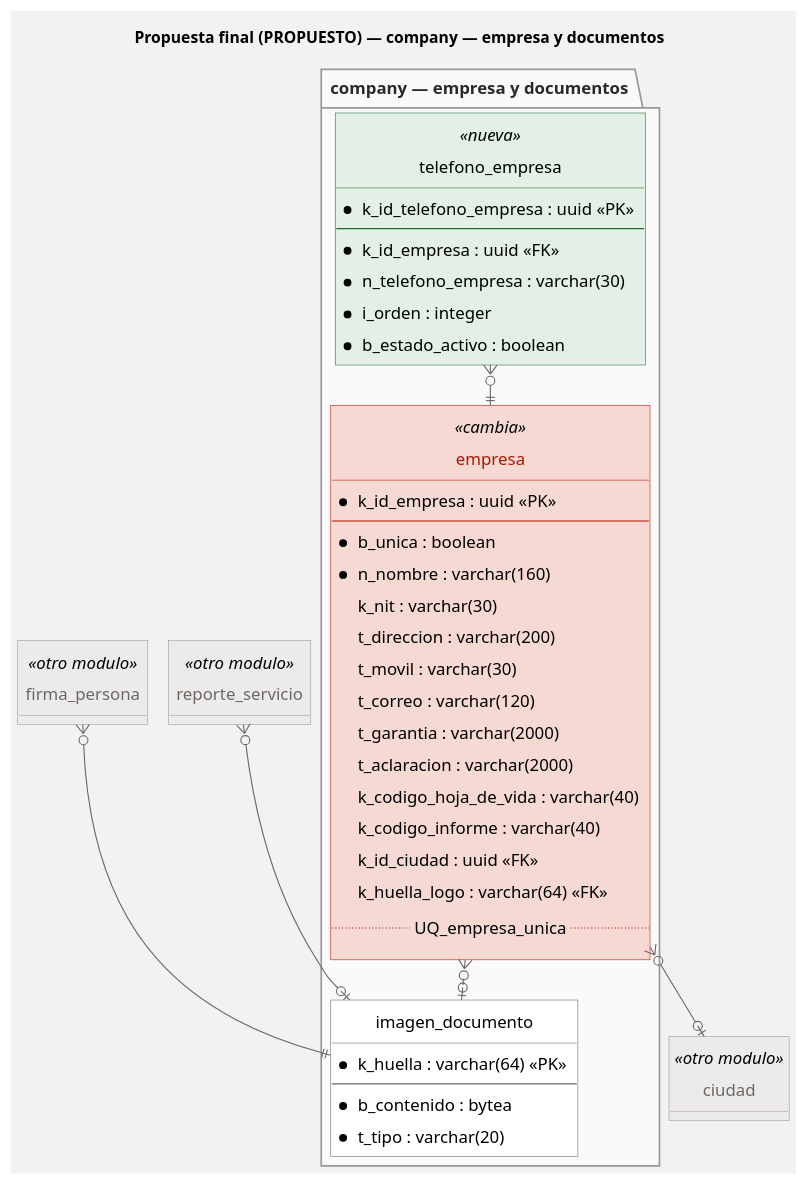
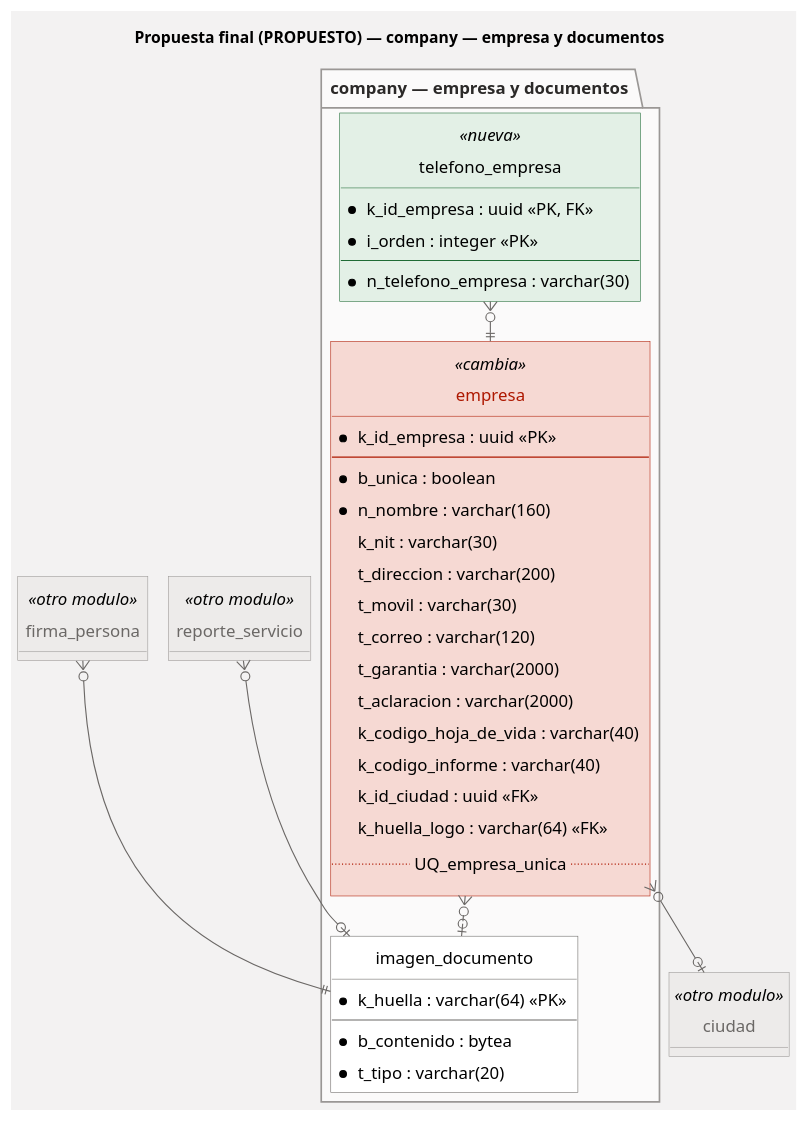
One commit to SeanBol222/MalphasOs changed the diagram in Documentation/DatabaseDesign/refactor-3fn/fuente/plantuml/final-company.puml. Above: the diagram before and after it, drawn with PlantUML. The commit also changed 14 other files, not shown here.

First line of the commit message:
docs: V43, the company section of the schema and the plan split in three

```diff
--- a/Documentation/DatabaseDesign/refactor-3fn/fuente/plantuml/final-company.puml
+++ b/Documentation/DatabaseDesign/refactor-3fn/fuente/plantuml/final-company.puml
@@ -1,95 +1,93 @@
 @startuml final-company
 !pragma layout smetana
 skinparam backgroundColor #F3F2F2
 skinparam defaultFontName Archivo
 skinparam shadowing false
 skinparam linetype ortho
 skinparam roundCorner 0
 skinparam class {
   BackgroundColor #FFFFFF
   BorderColor #6B6866
   ArrowColor #6B6866
   HeaderBackgroundColor #FFFFFF
 }
 skinparam package {
   BackgroundColor #FBFAFA
   BorderColor #9A9795
   FontColor #2B2928
 }
 skinparam class<<retirada>> {
   BackgroundColor #F6D9D3
   BorderColor #AE1800
   HeaderBackgroundColor #F6D9D3
   FontColor #AE1800
 }
 skinparam class<<cambia>> {
   BackgroundColor #F6D9D3
   BorderColor #AE1800
   HeaderBackgroundColor #F6D9D3
   FontColor #AE1800
 }
 skinparam class<<nueva>> {
   BackgroundColor #E3F0E6
   BorderColor #1F6B35
   HeaderBackgroundColor #E3F0E6
 }
 hide circle
 hide methods
 
 skinparam nodesep 70
 skinparam ranksep 90
 skinparam padding 4
 skinparam defaultFontSize 15
 
 title Propuesta final (PROPUESTO) — company — empresa y documentos
 
 package "company — empresa y documentos" {
 entity "empresa" as empresa <<cambia>> {
   * k_id_empresa : uuid <<PK>>
   --
   * b_unica : boolean
   * n_nombre : varchar(160)
   k_nit : varchar(30)
   t_direccion : varchar(200)
   t_movil : varchar(30)
   t_correo : varchar(120)
   t_garantia : varchar(2000)
   t_aclaracion : varchar(2000)
   k_codigo_hoja_de_vida : varchar(40)
   k_codigo_informe : varchar(40)
   k_id_ciudad : uuid <<FK>>
   k_huella_logo : varchar(64) <<FK>>
   .. UQ_empresa_unica ..
 }
 entity "telefono_empresa" as telefono_empresa <<nueva>> {
-  * k_id_telefono_empresa : uuid <<PK>>
+  * k_id_empresa : uuid <<PK, FK>>
+  * i_orden : integer <<PK>>
   --
-  * k_id_empresa : uuid <<FK>>
   * n_telefono_empresa : varchar(30)
-  * i_orden : integer
-  * b_estado_activo : boolean
 }
 entity "imagen_documento" as imagen_documento {
   * k_huella : varchar(64) <<PK>>
   --
   * b_contenido : bytea
   * t_tipo : varchar(20)
 }
 }
 entity "ciudad" as ciudad <<otro modulo>> {
 }
 entity "firma_persona" as firma_persona <<otro modulo>> {
 }
 entity "reporte_servicio" as reporte_servicio <<otro modulo>> {
 }
 reporte_servicio }o--o| imagen_documento
 empresa }o--o| ciudad
 empresa }o--o| imagen_documento
 telefono_empresa }o--|| empresa
 firma_persona }o--|| imagen_documento
 skinparam class<<otro modulo>> {
   BackgroundColor #EDEBEA
   BorderColor #9A9795
   FontColor #6B6866
 }
 @enduml
```
